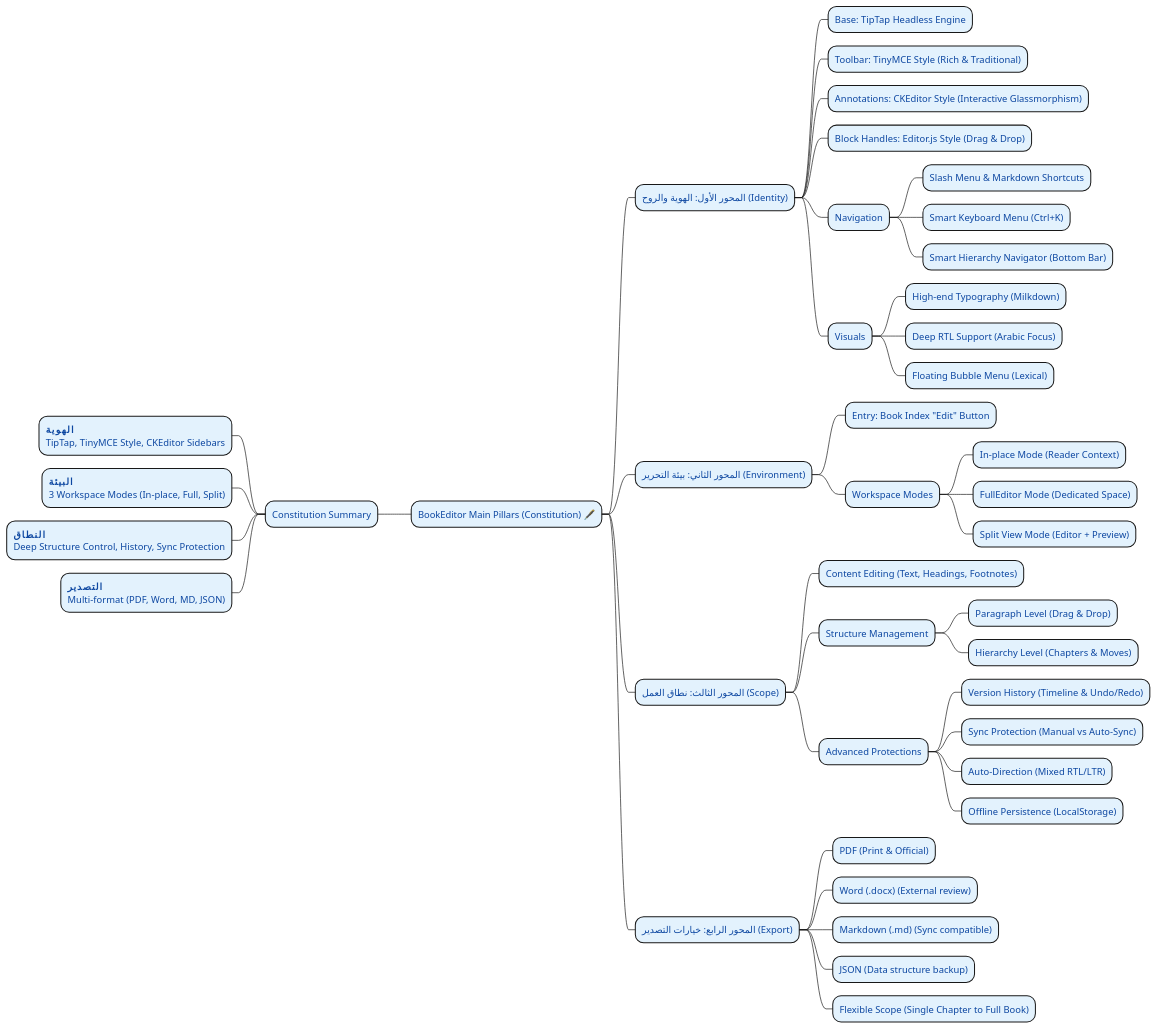
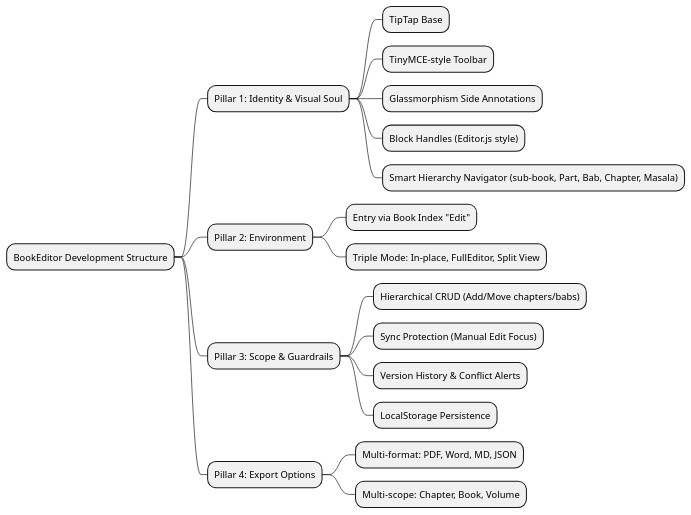
Before and after one commit to ZaiddCloud/Entity: the diagram in docs/book_editor_discussion.puml, drawn with PlantUML. The commit also changed 4 other files, not shown here.

```diff
--- a/docs/book_editor_discussion.puml
+++ b/docs/book_editor_discussion.puml
@@ -1,73 +1,20 @@
 @startmindmap
-<style>
-mindmapDiagram {
-    node {
-        BackgroundColor #E3F2FD
-        BorderColor #1976D2
-        FontColor #0D47A1
-    }
-    .pillar {
-        BackgroundColor #FFF9C4
-        BorderColor #FBC02D
-    }
-    .constitution {
-        BackgroundColor #E8F5E9
-        BorderColor #388E3C
-        FontColor #1B5E20
-    }
-}
-</style>
-
-* BookEditor Main Pillars (Constitution) 🖋️
-** المحور الأول: الهوية والروح (Identity)
-*** Base: TipTap Headless Engine
-*** Toolbar: TinyMCE Style (Rich & Traditional)
-*** Annotations: CKEditor Style (Interactive Glassmorphism)
-*** Block Handles: Editor.js Style (Drag & Drop)
-*** Navigation
-**** Slash Menu & Markdown Shortcuts
-**** Smart Keyboard Menu (Ctrl+K)
-**** Smart Hierarchy Navigator (Bottom Bar)
-*** Visuals
-**** High-end Typography (Milkdown)
-**** Deep RTL Support (Arabic Focus)
-**** Floating Bubble Menu (Lexical)
-
-** المحور الثاني: بيئة التحرير (Environment)
-*** Entry: Book Index "Edit" Button
-*** Workspace Modes
-**** In-place Mode (Reader Context)
-**** FullEditor Mode (Dedicated Space)
-**** Split View Mode (Editor + Preview)
-
-** المحور الثالث: نطاق العمل (Scope)
-*** Content Editing (Text, Headings, Footnotes)
-*** Structure Management
-**** Paragraph Level (Drag & Drop)
-**** Hierarchy Level (Chapters & Moves)
-*** Advanced Protections
-**** Version History (Timeline & Undo/Redo)
-**** Sync Protection (Manual vs Auto-Sync)
-**** Auto-Direction (Mixed RTL/LTR)
-**** Offline Persistence (LocalStorage)
-
-** المحور الرابع: خيارات التصدير (Export)
-*** PDF (Print & Official)
-*** Word (.docx) (External review)
-*** Markdown (.md) (Sync compatible)
-*** JSON (Data structure backup)
-*** Flexible Scope (Single Chapter to Full Book)
-
-left side
-
-** Constitution Summary
-***:<b>الهوية</b>
-TipTap, TinyMCE Style, CKEditor Sidebars;
-***:<b>البيئة</b>
-3 Workspace Modes (In-place, Full, Split);
-***:<b>النطاق</b>
-Deep Structure Control, History, Sync Protection;
-***:<b>التصدير</b>
-Multi-format (PDF, Word, MD, JSON);
-
+* BookEditor Development Structure
+** Pillar 1: Identity & Visual Soul
+*** TipTap Base
+*** TinyMCE-style Toolbar
+*** Glassmorphism Side Annotations
+*** Block Handles (Editor.js style)
+*** Smart Hierarchy Navigator (sub-book, Part, Bab, Chapter, Masala)
+** Pillar 2: Environment
+*** Entry via Book Index "Edit"
+*** Triple Mode: In-place, FullEditor, Split View
+** Pillar 3: Scope & Guardrails
+*** Hierarchical CRUD (Add/Move chapters/babs)
+*** Sync Protection (Manual Edit Focus)
+*** Version History & Conflict Alerts
+*** LocalStorage Persistence
+** Pillar 4: Export Options
+*** Multi-format: PDF, Word, MD, JSON
+*** Multi-scope: Chapter, Book, Volume
 @endmindmap
```
